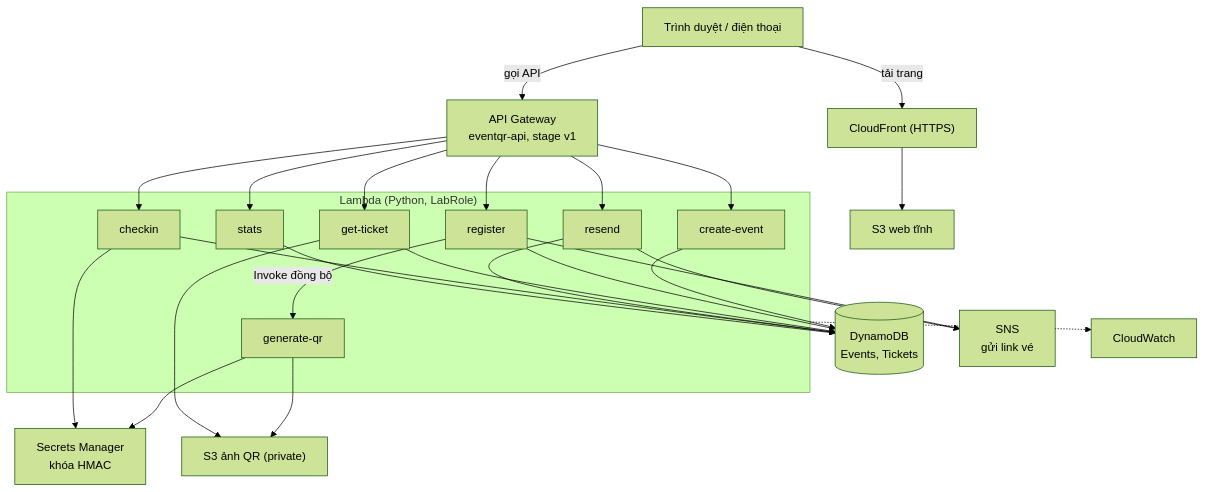
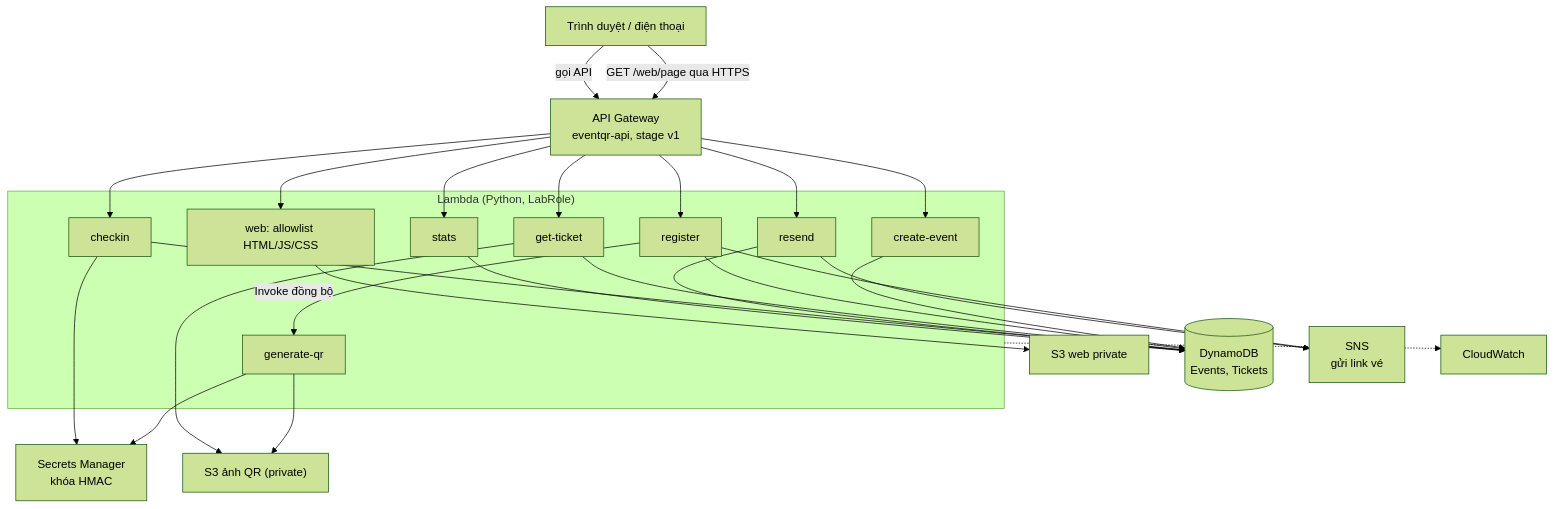
Before and after one commit to quangbru376-blip/eventqr: the diagram in README.md, drawn with Mermaid (forest theme). The commit also changed other lines of this file and 40 other files, not shown here.

````diff
--- a/README.md
+++ b/README.md
@@ -23,31 +43,31 @@
 ```mermaid
 flowchart TB
   U["Trình duyệt / điện thoại"]
-  CF["CloudFront (HTTPS)"]
-  S3W["S3 web tĩnh"]
+  S3W["S3 web private"]
   APIGW["API Gateway<br/>eventqr-api, stage v1"]
   subgraph L["Lambda (Python, LabRole)"]
     F1["create-event"]
     F2["register"]
     F3["generate-qr"]
     F4["get-ticket"]
     F5["resend"]
     F6["checkin"]
     F7["stats"]
+    FW["web: allowlist HTML/JS/CSS"]
   end
   DDB[("DynamoDB<br/>Events, Tickets")]
   SM["Secrets Manager<br/>khóa HMAC"]
   S3Q["S3 ảnh QR (private)"]
   SNS["SNS<br/>gửi link vé"]
   CW["CloudWatch"]
 
-  U -->|tải trang| CF --> S3W
+  U -->|GET /web/page qua HTTPS| APIGW --> FW --> S3W
   U -->|gọi API| APIGW
   APIGW --> F1 & F2 & F4 & F5 & F6 & F7
   F2 -->|Invoke đồng bộ| F3
   F1 & F2 & F4 & F5 & F6 & F7 --> DDB
   F3 & F6 --> SM
   F3 & F4 --> S3Q
   F2 & F5 --> SNS
   L -.-> CW
 ```
````
